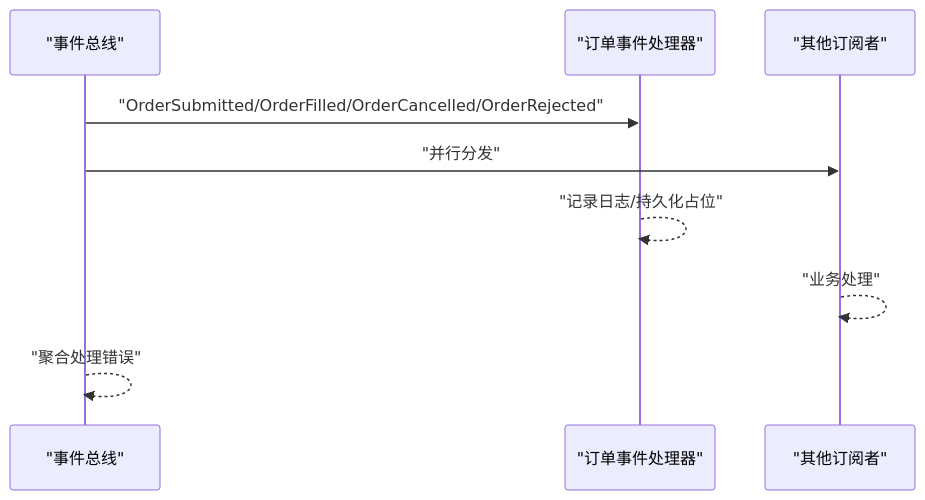
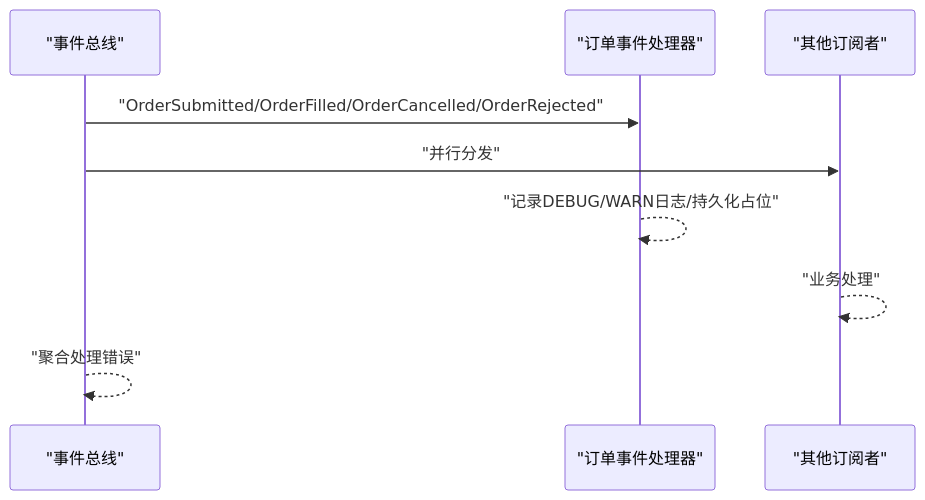
The fifth of 6 diagrams in .qoder/repowiki/zh/content/业务服务/订单处理服务.md (Heres1/binanceWebsocket), drawn with Mermaid before and after one commit. The commit also changed other lines of this file and 8 other files, not shown here.

````diff
--- a/.qoder/repowiki/zh/content/业务服务/订单处理服务.md
+++ b/.qoder/repowiki/zh/content/业务服务/订单处理服务.md
@@ -256,11 +280,11 @@
 ```mermaid
 sequenceDiagram
 participant Bus as "事件总线"
 participant H1 as "订单事件处理器"
 participant H2 as "其他订阅者"
 Bus->>H1 : "OrderSubmitted/OrderFilled/OrderCancelled/OrderRejected"
 Bus->>H2 : "并行分发"
-H1-->>H1 : "记录日志/持久化占位"
+H1-->>H1 : "记录DEBUG/WARN日志/持久化占位"
 H2-->>H2 : "业务处理"
 Bus-->>Bus : "聚合处理错误"
 ```
````
